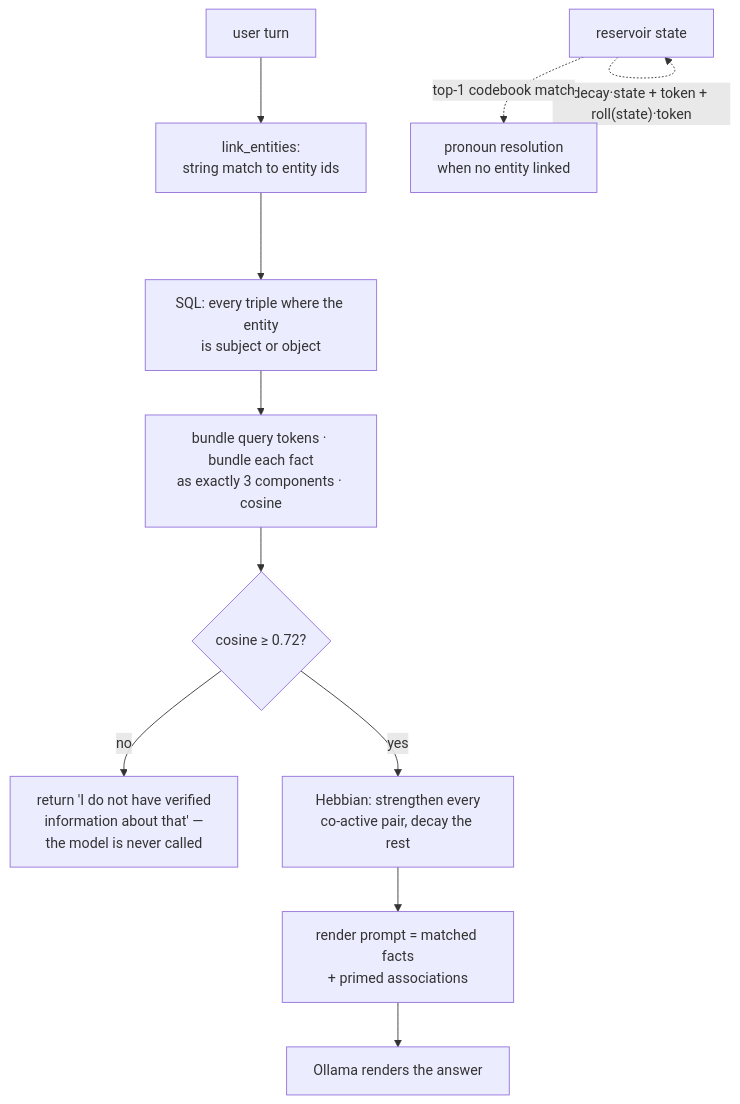
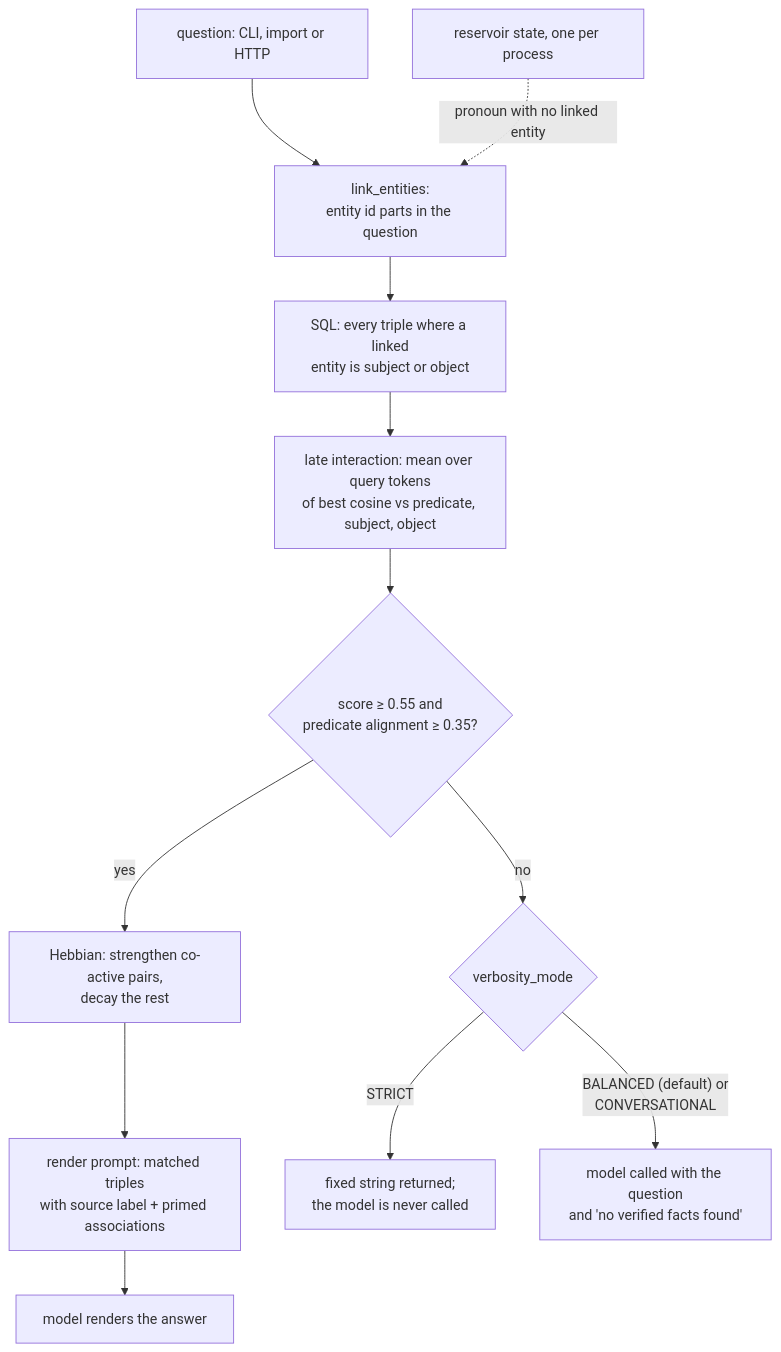
One commit to neoneye/agent-memory-atlas changed the diagram in content/systems/hillock.md. Above: the diagram before and after it, drawn with Mermaid. The commit also changed other lines of this file and 18 other files, not shown here.

First line of the commit message:
Re-read Hillock at 92eebfb (v0.8.0): an unauthenticated API server, BALANCED mode sends blocked questions to the model

````diff
--- a/content/systems/hillock.md
+++ b/content/systems/hillock.md
@@ -69,14 +121,15 @@
 ```mermaid
-%% caption: below the cosine threshold the model is never called and a fixed refusal is returned, so the gate is a hard admission test rather than a ranking
+%% caption: a stored fact reaches the model only after clearing the gate, while in the default BALANCED mode a blocked question goes to the model with a refusal prompt
 flowchart TD
-  Q["user turn"] --> L["link_entities:<br/>string match to entity ids"]
-  L --> F["SQL: every triple where the entity<br/>is subject or object"]
-  F --> M["bundle query tokens · bundle each fact<br/>as exactly 3 components · cosine"]
-  M --> G{"cosine ≥ 0.72?"}
-  G -->|no| R["return 'I do not have verified<br/>information about that' —<br/>the model is never called"]
-  G -->|yes| H["Hebbian: strengthen every<br/>co-active pair, decay the rest"]
-  H --> P["render prompt = matched facts<br/>+ primed associations"]
-  P --> O["Ollama renders the answer"]
-  S["reservoir state"] -. "decay·state + token + roll(state)·token" .-> S
-  S -.->|"top-1 codebook match"| PR["pronoun resolution<br/>when no entity linked"]
+  Q["question: CLI, import or HTTP"] --> L["link_entities:<br/>entity id parts in the question"]
+  L --> F["SQL: every triple where a linked<br/>entity is subject or object"]
+  F --> M["late interaction: mean over query tokens<br/>of best cosine vs predicate, subject, object"]
+  M --> G{"score ≥ 0.55 and<br/>predicate alignment ≥ 0.35?"}
+  G -->|yes| H["Hebbian: strengthen co-active pairs,<br/>decay the rest"]
+  H --> P["render prompt: matched triples<br/>with source label + primed associations"]
+  P --> O["model renders the answer"]
+  G -->|no| MODE{"verbosity_mode"}
+  MODE -->|STRICT| R["fixed string returned;<br/>the model is never called"]
+  MODE -->|"BALANCED (default) or<br/>CONVERSATIONAL"| RP["model called with the question<br/>and 'no verified facts found'"]
+  S["reservoir state, one per process"] -. "pronoun with no linked entity" .-> L
 ```
````
